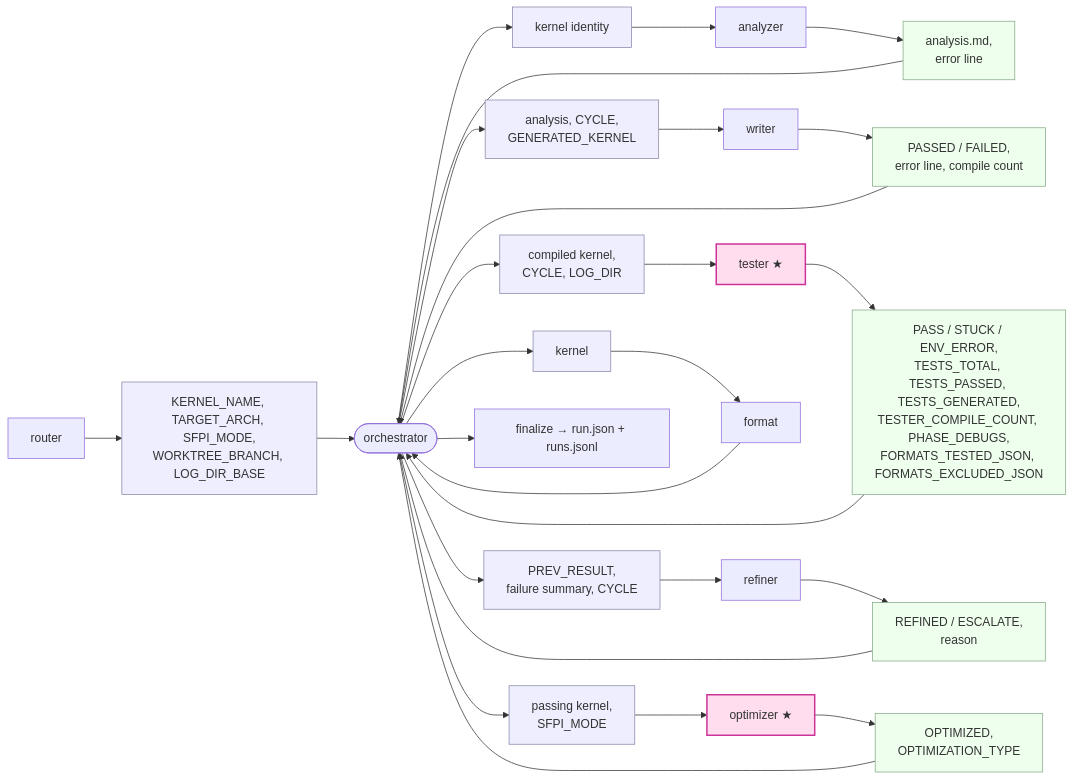
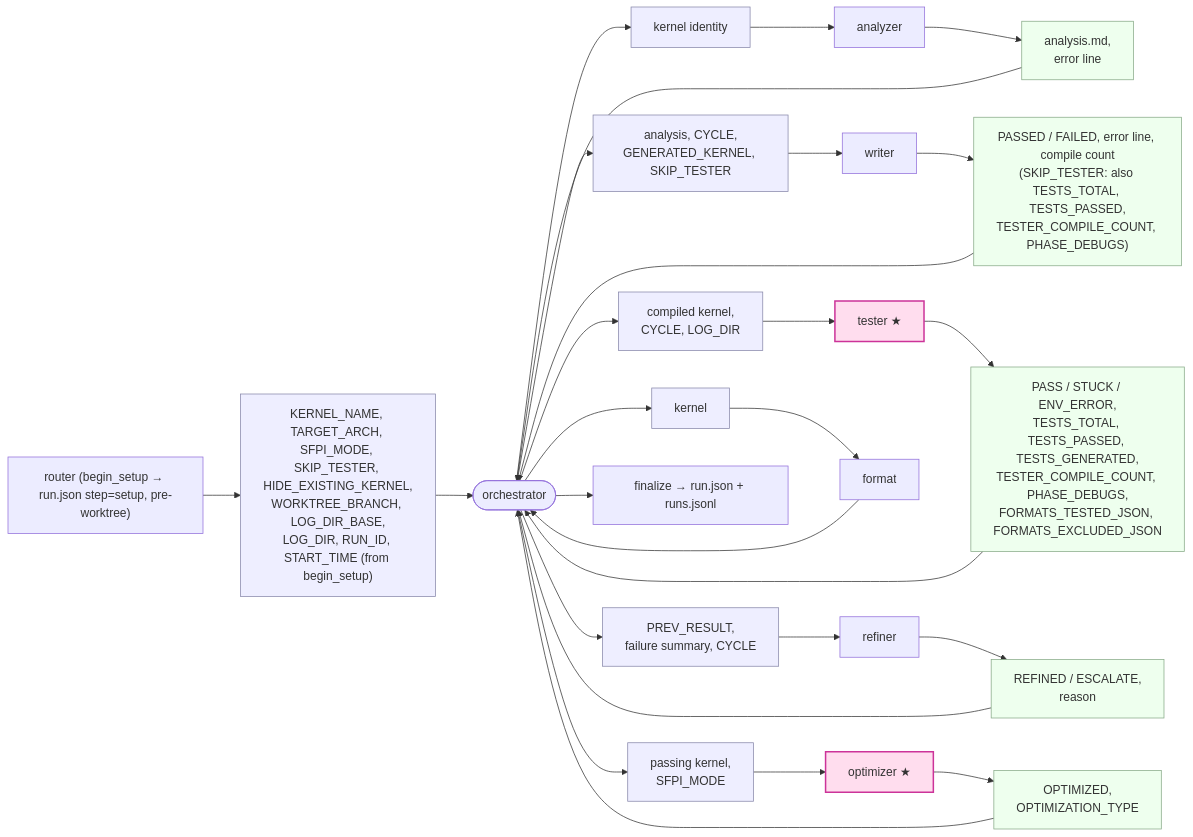
One commit to bvdyvncqr5-commits/tt-metal changed the first of 2 diagrams in tt_metal/tt-llk/codegen/references/state_contract.md. Above: the diagram before and after it, drawn with Mermaid. The commit also changed other lines of this file and 21 other files, not shown here.

````diff
--- a/tt_metal/tt-llk/codegen/references/state_contract.md
+++ b/tt_metal/tt-llk/codegen/references/state_contract.md
@@ -10,20 +12,20 @@
 ```mermaid
 flowchart LR
-  ROUTER["router"] --> RB["KERNEL_NAME, TARGET_ARCH, SFPI_MODE,<br/>WORKTREE_BRANCH, LOG_DIR_BASE"] --> ORCH(["orchestrator"])
+  ROUTER["router (begin_setup → run.json step=setup, pre-worktree)"] --> RB["KERNEL_NAME, TARGET_ARCH, SFPI_MODE, SKIP_TESTER, HIDE_EXISTING_KERNEL,<br/>WORKTREE_BRANCH, LOG_DIR_BASE,<br/>LOG_DIR, RUN_ID, START_TIME (from begin_setup)"] --> ORCH(["orchestrator"])
 
   ORCH --> aI["kernel identity"] --> ANA["analyzer"] --> aO["analysis.md,<br/>error line"] --> ORCH
-  ORCH --> wI["analysis, CYCLE,<br/>GENERATED_KERNEL"] --> WR["writer"] --> wO["PASSED / FAILED,<br/>error line, compile count"] --> ORCH
+  ORCH --> wI["analysis, CYCLE,<br/>GENERATED_KERNEL, SKIP_TESTER"] --> WR["writer"] --> wO["PASSED / FAILED, error line, compile count<br/>(SKIP_TESTER: also TESTS_TOTAL, TESTS_PASSED,<br/>TESTER_COMPILE_COUNT, PHASE_DEBUGS)"] --> ORCH
   ORCH --> tI["compiled kernel,<br/>CYCLE, LOG_DIR"] --> TST["tester ★"] --> tO["PASS / STUCK / ENV_ERROR,<br/>TESTS_TOTAL, TESTS_PASSED, TESTS_GENERATED,<br/>TESTER_COMPILE_COUNT, PHASE_DEBUGS,<br/>FORMATS_TESTED_JSON, FORMATS_EXCLUDED_JSON"] --> ORCH
   ORCH --> rI["PREV_RESULT,<br/>failure summary, CYCLE"] --> RE["refiner"] --> rO["REFINED / ESCALATE,<br/>reason"] --> ORCH
   ORCH --> oI["passing kernel,<br/>SFPI_MODE"] --> OP["optimizer ★"] --> oO["OPTIMIZED,<br/>OPTIMIZATION_TYPE"] --> ORCH
   ORCH --> fI["kernel"] --> FM["format"] --> ORCH
 
   ORCH --> FIN["finalize → run.json + runs.jsonl"]
 
   classDef inb fill:#eef,stroke:#88a;
   classDef outb fill:#efe,stroke:#8a8;
   classDef star fill:#fde,stroke:#c39,stroke-width:2px;
   class RB,aI,wI,tI,rI,oI,fI inb;
   class aO,wO,tO,rO,oO outb;
   class TST,OP star;
 ```
````
